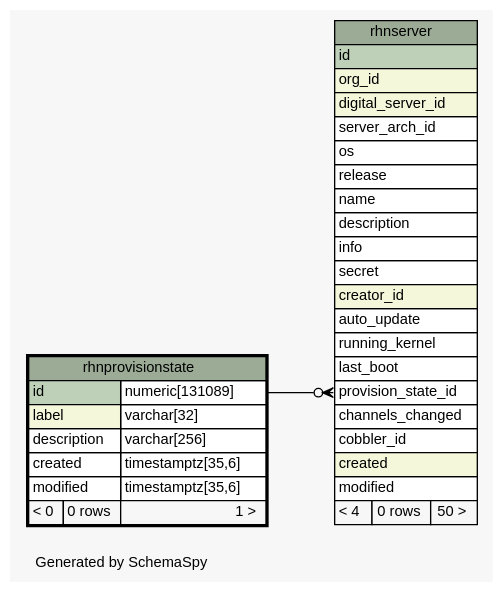
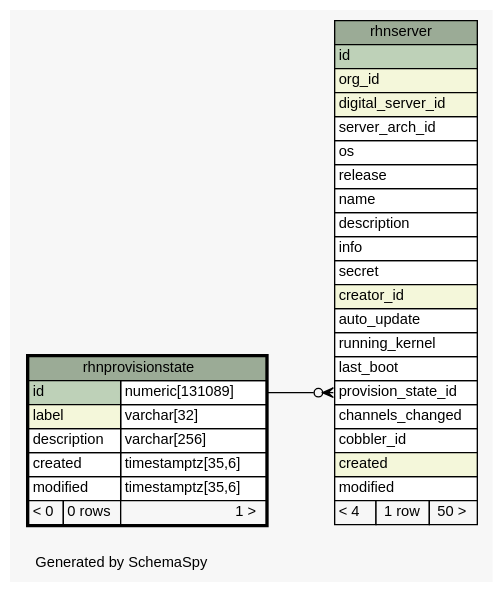
One commit to spacewalkproject/spacewalkproject.github.io changed the diagram in documentation/schema-doc/diagrams/rhnprovisionstate.1degree.dot. Above: the diagram before and after it, drawn with Graphviz. The commit also changed 1495 other files, not shown here.

Commit message:
Updating Schema documentation for 2.7

```diff
--- a/documentation/schema-doc/diagrams/rhnprovisionstate.1degree.dot
+++ b/documentation/schema-doc/diagrams/rhnprovisionstate.1degree.dot
@@ -1,65 +1,65 @@
-// dot 2.26.0 on Linux 2.6.32-504.el6.x86_64
+// dot 2.26.0 on Linux 2.6.32-696.6.3.el6.x86_64
 // SchemaSpy rev 590
 digraph "oneDegreeRelationshipsDiagram" {
   graph [
     rankdir="RL"
     bgcolor="#f7f7f7"
     label="\nGenerated by SchemaSpy"
     labeljust="l"
     nodesep="0.18"
     ranksep="0.46"
     fontname="Helvetica"
     fontsize="11"
   ];
   node [
     fontname="Helvetica"
     fontsize="11"
     shape="plaintext"
   ];
   edge [
     arrowsize="0.8"
   ];
   "rhnserver":"provision_state_id":w -> "rhnprovisionstate":"id.type":e [arrowhead=none dir=back arrowtail=crowodot];
   "rhnprovisionstate" [
     label=<
     <TABLE BORDER="2" CELLBORDER="1" CELLSPACING="0" BGCOLOR="#ffffff">
       <TR><TD COLSPAN="3" BGCOLOR="#9bab96" ALIGN="CENTER">rhnprovisionstate</TD></TR>
       <TR><TD PORT="id" COLSPAN="2" BGCOLOR="#bed1b8" ALIGN="LEFT">id</TD><TD PORT="id.type" ALIGN="LEFT">numeric[131089]</TD></TR>
       <TR><TD PORT="label" COLSPAN="2" BGCOLOR="#f4f7da" ALIGN="LEFT">label</TD><TD PORT="label.type" ALIGN="LEFT">varchar[32]</TD></TR>
       <TR><TD PORT="description" COLSPAN="2" ALIGN="LEFT">description</TD><TD PORT="description.type" ALIGN="LEFT">varchar[256]</TD></TR>
       <TR><TD PORT="created" COLSPAN="2" ALIGN="LEFT">created</TD><TD PORT="created.type" ALIGN="LEFT">timestamptz[35,6]</TD></TR>
       <TR><TD PORT="modified" COLSPAN="2" ALIGN="LEFT">modified</TD><TD PORT="modified.type" ALIGN="LEFT">timestamptz[35,6]</TD></TR>
       <TR><TD ALIGN="LEFT" BGCOLOR="#f7f7f7">&lt; 0</TD><TD ALIGN="RIGHT" BGCOLOR="#f7f7f7">0 rows</TD><TD ALIGN="RIGHT" BGCOLOR="#f7f7f7">1 &gt;</TD></TR>
     </TABLE>>
     URL="rhnprovisionstate.html"
     tooltip="rhnprovisionstate"
   ];
   "rhnserver" [
     label=<
     <TABLE BORDER="0" CELLBORDER="1" CELLSPACING="0" BGCOLOR="#ffffff">
       <TR><TD COLSPAN="3" BGCOLOR="#9bab96" ALIGN="CENTER">rhnserver</TD></TR>
       <TR><TD PORT="id" COLSPAN="3" BGCOLOR="#bed1b8" ALIGN="LEFT">id</TD></TR>
       <TR><TD PORT="org_id" COLSPAN="3" BGCOLOR="#f4f7da" ALIGN="LEFT">org_id</TD></TR>
       <TR><TD PORT="digital_server_id" COLSPAN="3" BGCOLOR="#f4f7da" ALIGN="LEFT">digital_server_id</TD></TR>
       <TR><TD PORT="server_arch_id" COLSPAN="3" ALIGN="LEFT">server_arch_id</TD></TR>
       <TR><TD PORT="os" COLSPAN="3" ALIGN="LEFT">os</TD></TR>
       <TR><TD PORT="release" COLSPAN="3" ALIGN="LEFT">release</TD></TR>
       <TR><TD PORT="name" COLSPAN="3" ALIGN="LEFT">name</TD></TR>
       <TR><TD PORT="description" COLSPAN="3" ALIGN="LEFT">description</TD></TR>
       <TR><TD PORT="info" COLSPAN="3" ALIGN="LEFT">info</TD></TR>
       <TR><TD PORT="secret" COLSPAN="3" ALIGN="LEFT">secret</TD></TR>
       <TR><TD PORT="creator_id" COLSPAN="3" BGCOLOR="#f4f7da" ALIGN="LEFT">creator_id</TD></TR>
       <TR><TD PORT="auto_update" COLSPAN="3" ALIGN="LEFT">auto_update</TD></TR>
       <TR><TD PORT="running_kernel" COLSPAN="3" ALIGN="LEFT">running_kernel</TD></TR>
       <TR><TD PORT="last_boot" COLSPAN="3" ALIGN="LEFT">last_boot</TD></TR>
       <TR><TD PORT="provision_state_id" COLSPAN="3" ALIGN="LEFT">provision_state_id</TD></TR>
       <TR><TD PORT="channels_changed" COLSPAN="3" ALIGN="LEFT">channels_changed</TD></TR>
       <TR><TD PORT="cobbler_id" COLSPAN="3" ALIGN="LEFT">cobbler_id</TD></TR>
       <TR><TD PORT="created" COLSPAN="3" BGCOLOR="#f4f7da" ALIGN="LEFT">created</TD></TR>
       <TR><TD PORT="modified" COLSPAN="3" ALIGN="LEFT">modified</TD></TR>
-      <TR><TD ALIGN="LEFT" BGCOLOR="#f7f7f7">&lt; 4</TD><TD ALIGN="RIGHT" BGCOLOR="#f7f7f7">0 rows</TD><TD ALIGN="RIGHT" BGCOLOR="#f7f7f7">50 &gt;</TD></TR>
+      <TR><TD ALIGN="LEFT" BGCOLOR="#f7f7f7">&lt; 4</TD><TD ALIGN="RIGHT" BGCOLOR="#f7f7f7">1 row</TD><TD ALIGN="RIGHT" BGCOLOR="#f7f7f7">50 &gt;</TD></TR>
     </TABLE>>
     URL="rhnserver.html"
     tooltip="rhnserver"
   ];
 }
```
